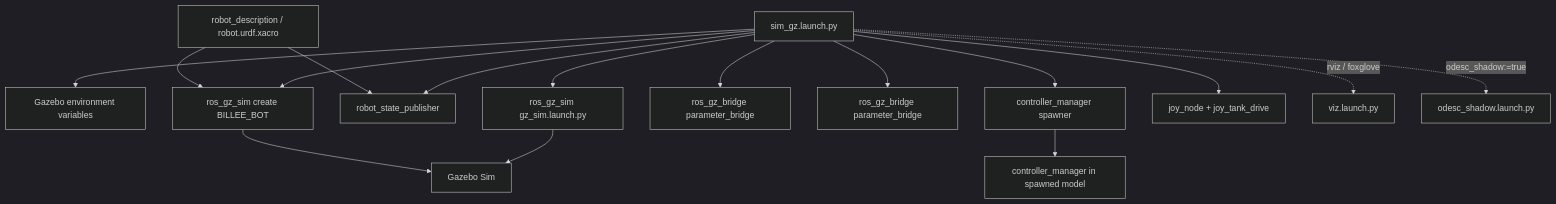
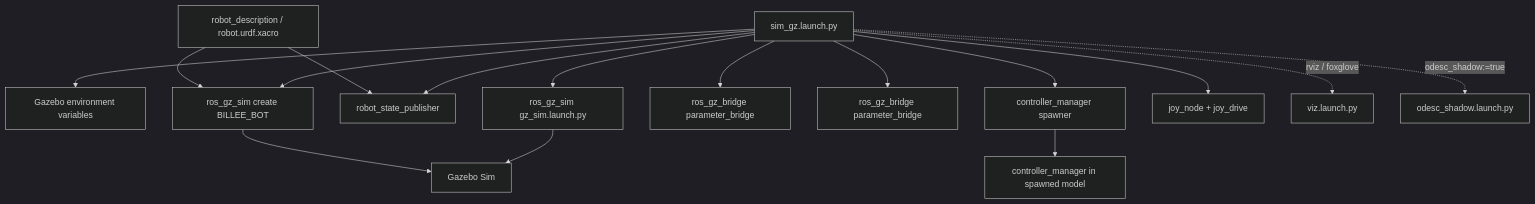
One commit to BILLEE-BroncoSTAR/billee-software-2027 changed the first of 2 diagrams in ros2_ws/src/chassis_bringup/README.md. Above: the diagram before and after it, drawn with Mermaid (dark theme). The commit also changed other lines of this file and 26 other files, not shown here.

````diff
--- a/ros2_ws/src/chassis_bringup/README.md
+++ b/ros2_ws/src/chassis_bringup/README.md
@@ -50,18 +50,18 @@
 ```mermaid
 graph TD
     L[sim_gz.launch.py] --> E[Gazebo environment variables]
     L --> S[ros_gz_sim gz_sim.launch.py]
     L --> R[robot_state_publisher]
     L --> C[ros_gz_sim create BILLEE_BOT]
     L --> B1[ros_gz_bridge parameter_bridge]
     L --> B2[ros_gz_bridge parameter_bridge]
     L --> P[controller_manager spawner]
-    L --> T[joy_node + joy_tank_drive]
+    L --> T[joy_node + joy_drive]
     L -.->|rviz / foxglove| V[viz.launch.py]
     L -.->|odesc_shadow:=true| O[odesc_shadow.launch.py]
     X[robot_description / robot.urdf.xacro] --> R
     X --> C
     S --> G[Gazebo Sim]
     C --> G
     P --> CM[controller_manager in spawned model]
 ```
````
